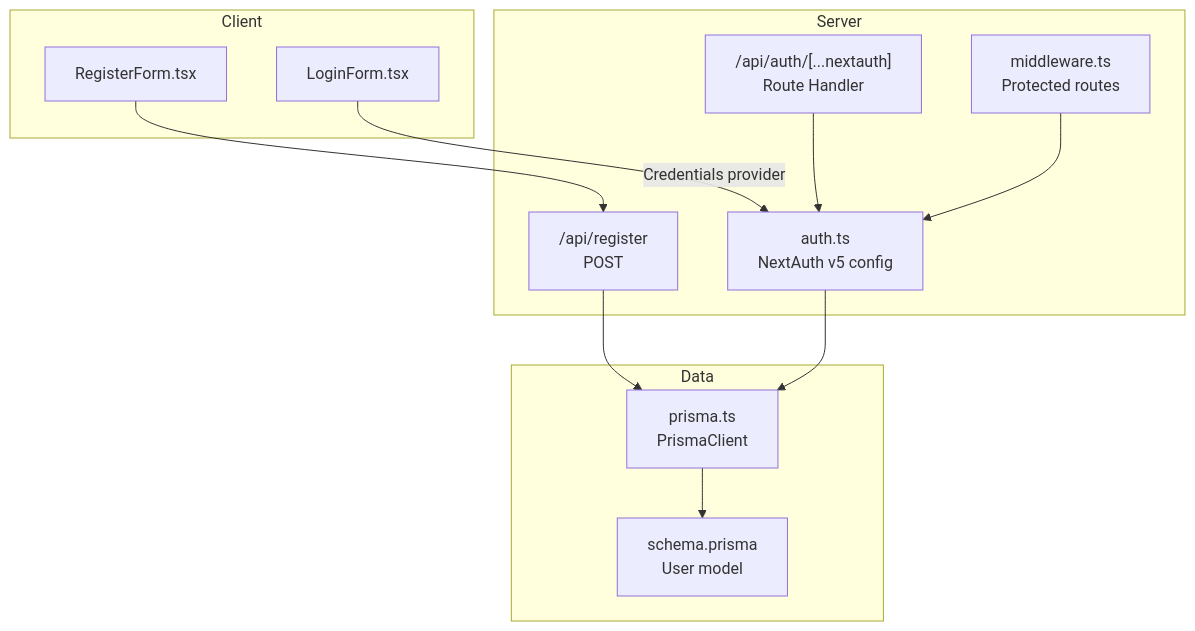
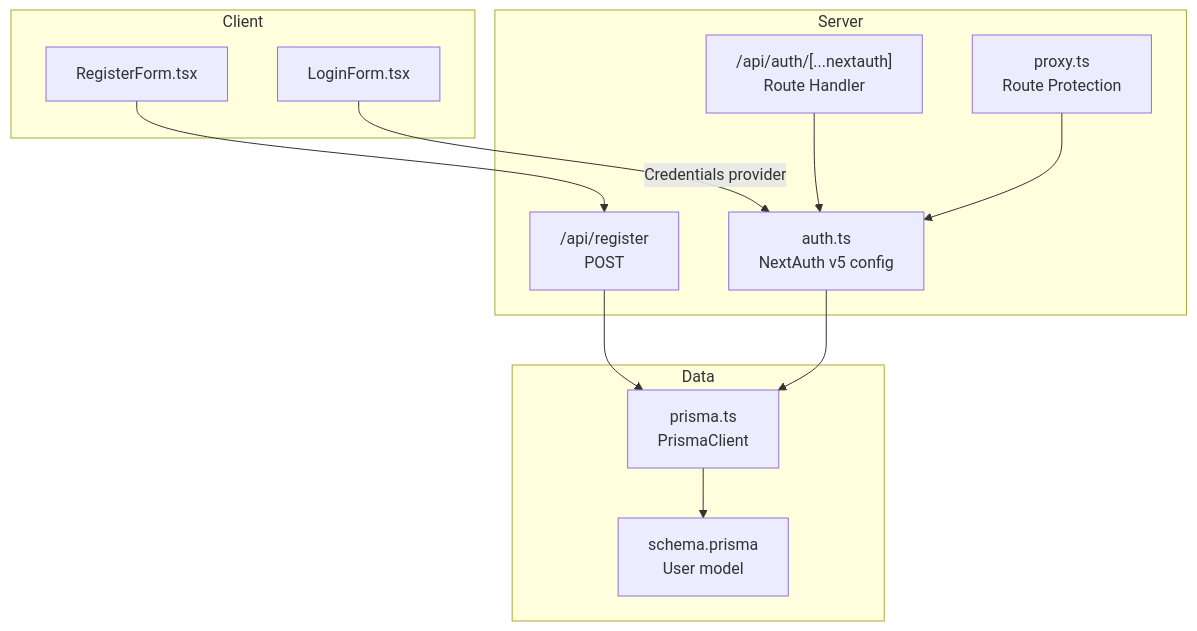
Before and after one commit to Crowdspender/titchybooks-app: the first of 5 diagrams in .qoder/repowiki/en/content/Authentication & Authorization/NextAuth Configuration & Setup.md, drawn with Mermaid. The commit also changed other lines of this file and 23 other files, not shown here.

````diff
--- a/.qoder/repowiki/en/content/Authentication & Authorization/NextAuth Configuration & Setup.md
+++ b/.qoder/repowiki/en/content/Authentication & Authorization/NextAuth Configuration & Setup.md
@@ -49,24 +53,24 @@
 ```mermaid
 graph TB
 subgraph "Client"
 UI_Login["LoginForm.tsx"]
 UI_Register["RegisterForm.tsx"]
 end
 subgraph "Server"
 NA_Config["auth.ts<br/>NextAuth v5 config"]
-MW["middleware.ts<br/>Protected routes"]
+PROXY["proxy.ts<br/>Route Protection"]
 API_Auth["/api/auth/[...nextauth]<br/>Route Handler"]
 API_Reg["/api/register<br/>POST"]
 end
 subgraph "Data"
 PRISMA_LIB["prisma.ts<br/>PrismaClient"]
 SCHEMA["schema.prisma<br/>User model"]
 end
 UI_Login --> |"Credentials provider"| NA_Config
 UI_Register --> API_Reg
 API_Auth --> NA_Config
 API_Reg --> PRISMA_LIB
 PRISMA_LIB --> SCHEMA
 NA_Config --> PRISMA_LIB
-MW --> NA_Config
+PROXY --> NA_Config
 ```
````
